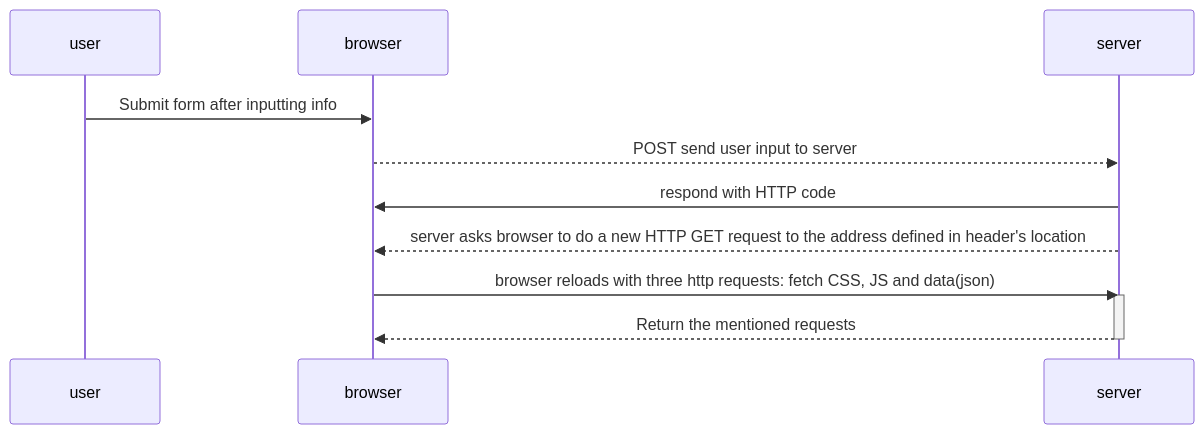
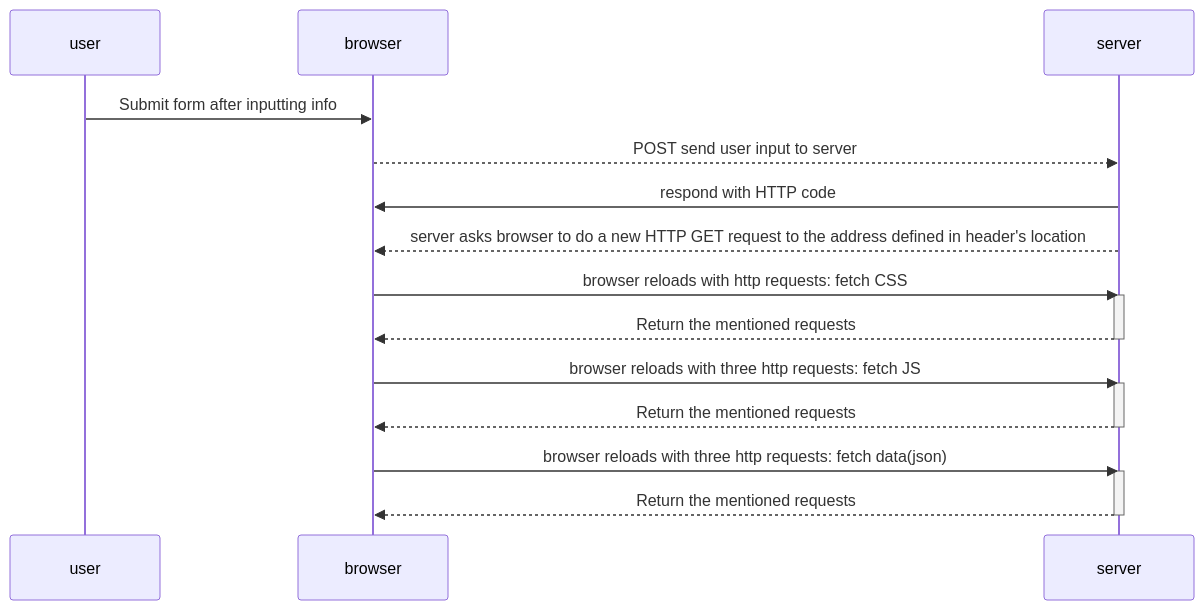
The diagram in Part 0/newNoteDiagram.md (jonnny013/fullStackOpen), drawn with Mermaid before and after one commit. The commit also changed 1 other file, not shown here.

Commit message:
Add newNoteSinglePageApp diagram and fix newNoteDiagram

````diff
--- a/Part 0/newNoteDiagram.md
+++ b/Part 0/newNoteDiagram.md
@@ -1,22 +1,32 @@
 ```mermaid
 sequenceDiagram
     participant user
     participant browser
     participant server
 
 
     user->>browser: Submit form after inputting info
 
     browser-->>server: POST send user input to server
 
     server->>browser: respond with HTTP code
 
     server-->>browser: server asks browser to do a new HTTP GET request to the address defined in header's location
 
 
-    browser->>server: browser reloads with three http requests: fetch CSS, JS and data(json)
+    browser->>server: browser reloads with http requests: fetch CSS
+    activate server
+    server-->>browser: Return the mentioned requests
+    deactivate server
+
+    browser->>server: browser reloads with three http requests: fetch JS
+    activate server
+    server-->>browser: Return the mentioned requests
+    deactivate server
+
+    browser->>server: browser reloads with three http requests: fetch data(json)
     activate server
     server-->>browser: Return the mentioned requests
     deactivate server
 
 ```
````
